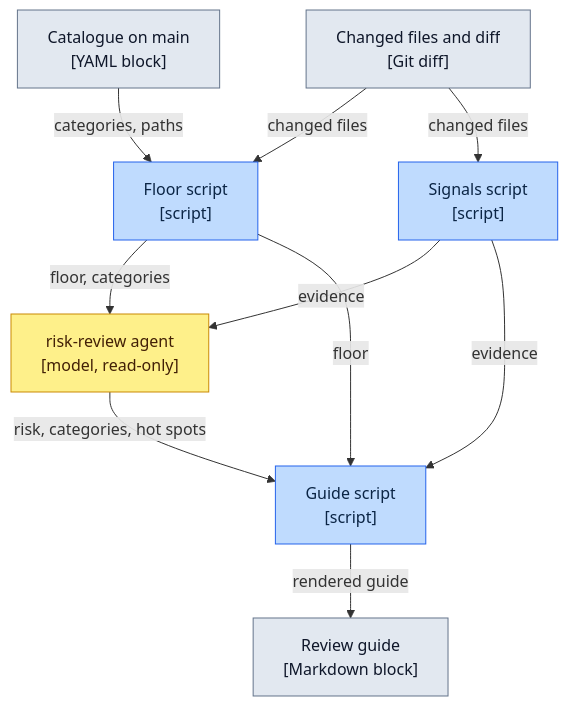
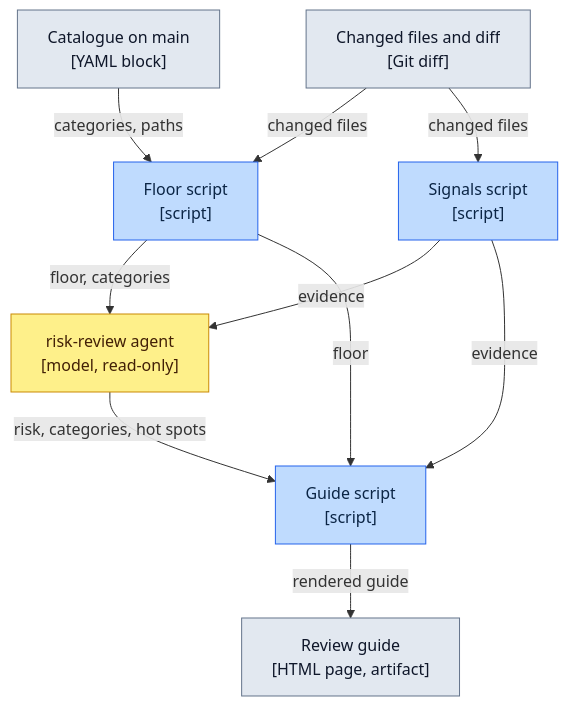
One commit to cfisch3r/estimate changed the diagram in docs/review-risk.md. Above: the diagram before and after it, drawn with Mermaid. The commit also changed other lines of this file and 15 other files, not shown here.

First line of the commit message:
refactor: build the review guide as an artifact on request instead of in the PR body (#189)

````diff
--- a/docs/review-risk.md
+++ b/docs/review-risk.md
@@ -20,28 +19,28 @@
 ```mermaid
 flowchart TD
   Diff["Changed files and diff<br/>[Git diff]"]
   Floor["Floor script<br/>[script]"]
   Sig["Signals script<br/>[script]"]
   Agent["risk-review agent<br/>[model, read-only]"]
   Guide["Guide script<br/>[script]"]
-  PR["Review guide<br/>[Markdown block]"]
+  Page["Review guide<br/>[HTML page, artifact]"]
 
   Cat["Catalogue on main<br/>[YAML block]"]
   Cat -->|"categories, paths"| Floor
   Diff -->|"changed files"| Floor
   Diff -->|"changed files"| Sig
   Floor -->|"floor, categories"| Agent
   Sig -->|"evidence"| Agent
   Sig -->|"evidence"| Guide
   Floor -->|"floor"| Guide
   Agent -->|"risk, categories, hot spots"| Guide
-  Guide -->|"rendered guide"| PR
+  Guide -->|"rendered guide"| Page
 
   classDef script fill:#BFDBFE,stroke:#2563EB,color:#0B2545
   classDef model fill:#FEF08A,stroke:#CA8A04,color:#422006
   classDef data fill:#E2E8F0,stroke:#64748B,color:#0F172A
 
   class Floor,Sig,Guide script
   class Agent model
-  class Diff,PR,Cat data
+  class Diff,Page,Cat data
 ```
````
